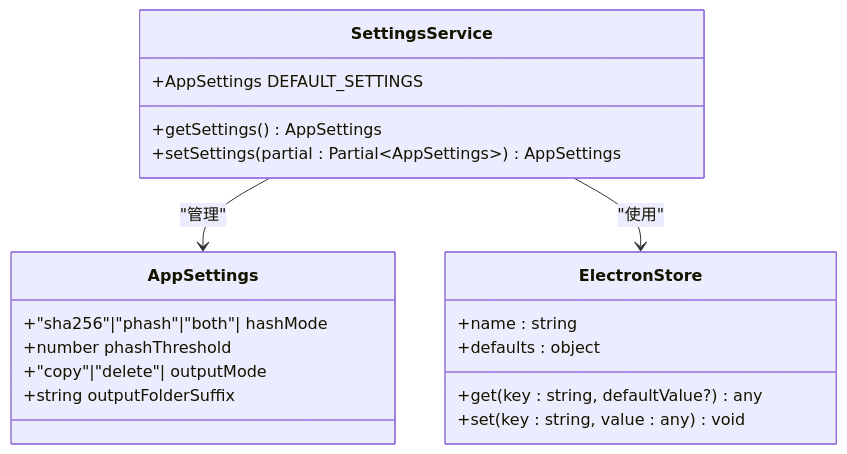
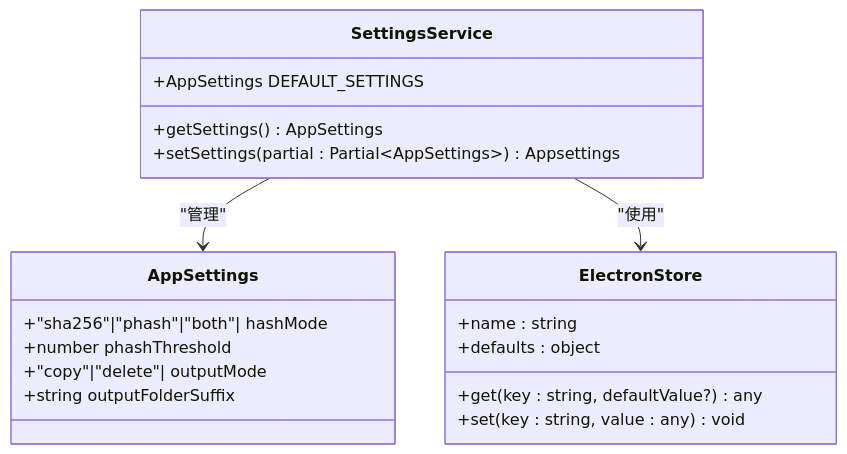
Diagram 15 of 16 in .qoder/repowiki/zh/content/核心服务模块/核心服务模块.md (remgasuki/ReDoPhoto), drawn with Mermaid before and after one commit. The commit also changed other lines of this file and 31 other files, not shown here.

Commit message:
v2.2.0: 证件照功能全面升级 - AI抠图/海量模板/美颜/压缩/排版

````diff
--- a/.qoder/repowiki/zh/content/核心服务模块/核心服务模块.md
+++ b/.qoder/repowiki/zh/content/核心服务模块/核心服务模块.md
@@ -437,22 +607,22 @@
 ```mermaid
 classDiagram
 class AppSettings {
 +"sha256"|"phash"|"both"| hashMode
 +number phashThreshold
 +"copy"|"delete"| outputMode
 +string outputFolderSuffix
 }
 class SettingsService {
 +AppSettings DEFAULT_SETTINGS
 +getSettings() AppSettings
-+setSettings(partial : Partial~AppSettings~) AppSettings
++setSettings(partial : Partial~AppSettings~) Appsettings
 }
 class ElectronStore {
 +name : string
 +defaults : object
 +get(key : string, defaultValue?) any
 +set(key : string, value : any) void
 }
 SettingsService --> AppSettings : "管理"
 SettingsService --> ElectronStore : "使用"
 ```
````
